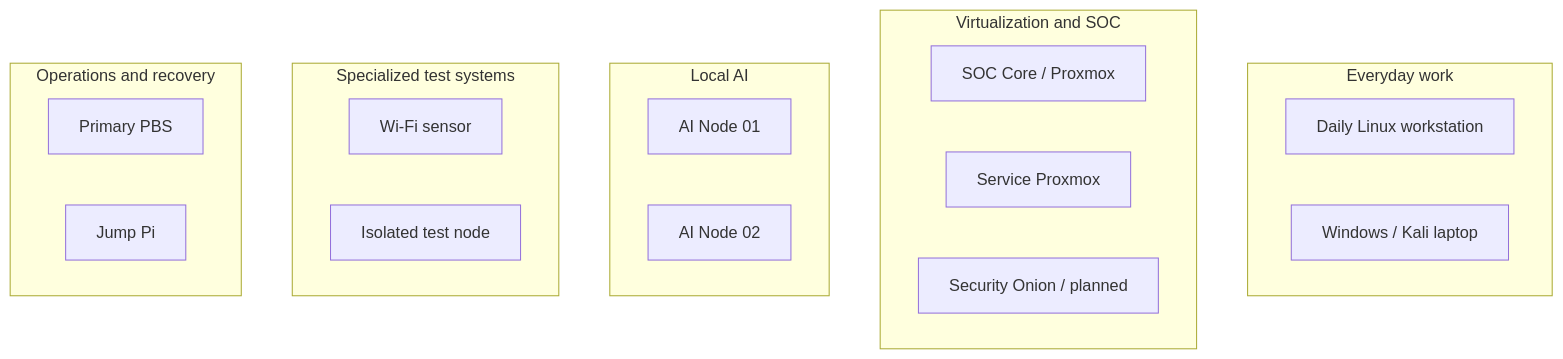
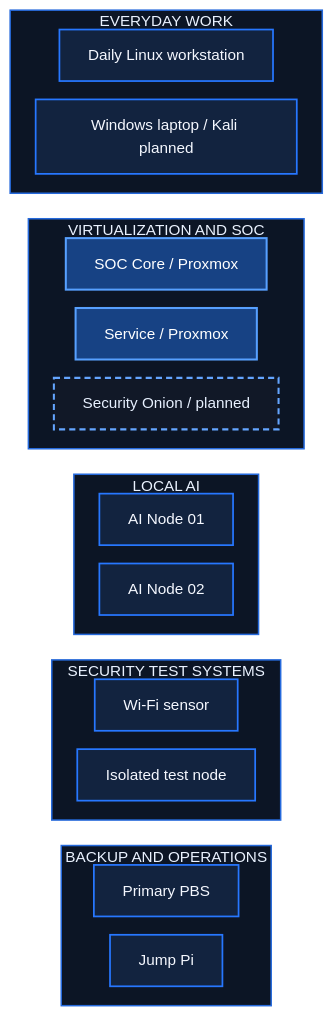
Before and after one commit to ITLLERY/itllery-homelab: the diagram in docs/architecture/README.md, drawn with Mermaid. The commit also changed other lines of this file and 1 other file, not shown here.

Commit message:
docs(architecture): style Mermaid diagrams for ITLLERY

````diff
--- a/docs/architecture/README.md
+++ b/docs/architecture/README.md
@@ -25,24 +25,52 @@
 ```mermaid
+%%{init: {"theme":"base","themeVariables":{"background":"#080C14","primaryColor":"#14233F","primaryTextColor":"#F5F8FF","primaryBorderColor":"#2375FF","lineColor":"#3380FF","secondaryColor":"#0D1627","tertiaryColor":"#0D1627","clusterBkg":"#0C1525","clusterBorder":"#2872E8","fontFamily":"Arial, Helvetica, sans-serif","fontSize":"15px"},"flowchart":{"nodeSpacing":18,"rankSpacing":25,"padding":14}}}%%
 flowchart TB
-    subgraph Work["Everyday work"]
+    subgraph Everyday["EVERYDAY WORK"]
+        direction LR
         Daily["Daily Linux workstation"]
-        Laptop["Windows / Kali laptop"]
+        Laptop["Windows laptop / Kali planned"]
     end
-    subgraph Core["Virtualization and SOC"]
+
+    subgraph Core["VIRTUALIZATION AND SOC"]
+        direction LR
         SOC["SOC Core / Proxmox"]
-        Services["Service Proxmox"]
+        Services["Service / Proxmox"]
         Onion["Security Onion / planned"]
     end
-    subgraph Compute["Local AI"]
+
+    subgraph Compute["LOCAL AI"]
+        direction LR
         AI1["AI Node 01"]
         AI2["AI Node 02"]
     end
-    subgraph Testing["Specialized test systems"]
+
+    subgraph Testing["SECURITY TEST SYSTEMS"]
+        direction LR
         WiFi["Wi-Fi sensor"]
         Isolated["Isolated test node"]
     end
-    subgraph Operations["Operations and recovery"]
+
+    subgraph Operations["BACKUP AND OPERATIONS"]
+        direction LR
         PBS["Primary PBS"]
         Jump["Jump Pi"]
     end
+
+    %% Invisible links control the layout; they do NOT indicate physical connections.
+    Everyday ~~~ Core
+    Core ~~~ Compute
+    Compute ~~~ Testing
+    Testing ~~~ Operations
+
+    classDef regular fill:#12233F,stroke:#2777FF,color:#F5F8FF,stroke-width:1.7px;
+    classDef accent fill:#174284,stroke:#57A0FF,color:#FFFFFF,stroke-width:2px;
+    classDef planned fill:#111827,stroke:#64A5FF,color:#E8F1FF,stroke-width:2px,stroke-dasharray:6 4;
+    class Daily,Laptop,SOC,Services,AI1,AI2,WiFi,Isolated,PBS,Jump regular;
+    class Onion planned;
+    class SOC,Services accent;
+    style Everyday fill:#0C1525,stroke:#2569DB,stroke-width:1.5px,color:#EAF2FF
+    style Core fill:#0C1525,stroke:#2569DB,stroke-width:1.5px,color:#EAF2FF
+    style Compute fill:#0C1525,stroke:#2569DB,stroke-width:1.5px,color:#EAF2FF
+    style Testing fill:#0C1525,stroke:#2569DB,stroke-width:1.5px,color:#EAF2FF
+    style Operations fill:#0C1525,stroke:#2569DB,stroke-width:1.5px,color:#EAF2FF
 ```
````
